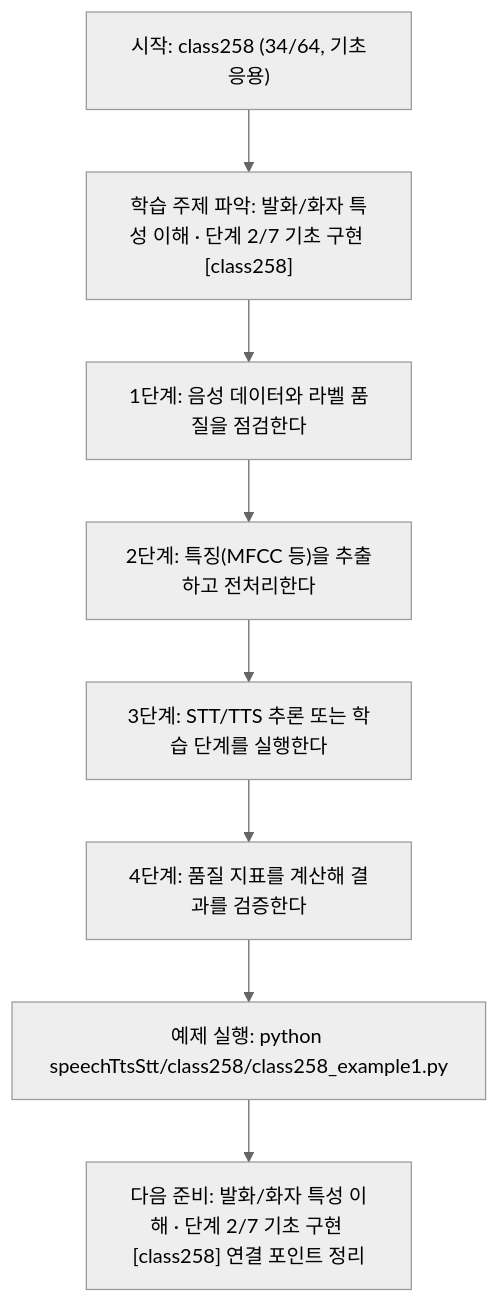
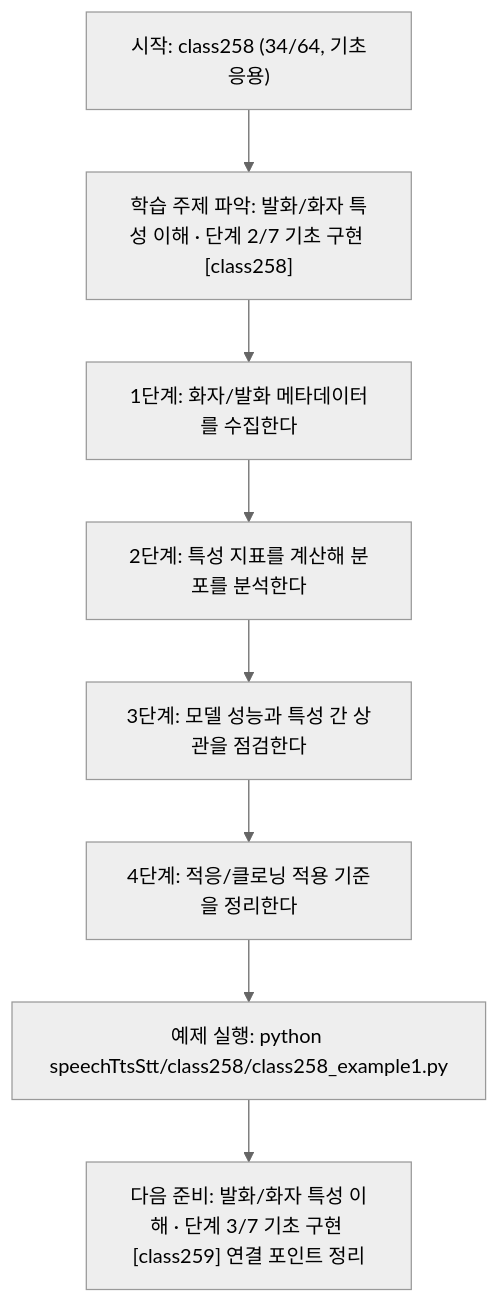
Before and after one commit to edumgt/Python-AI_Agent-Class: the diagram in speechTtsStt/class258/class258.md, drawn with Mermaid (neutral theme). The commit also changed other lines of this file and 1122 other files, not shown here.

````diff
--- a/speechTtsStt/class258/class258.md
+++ b/speechTtsStt/class258/class258.md
@@ -115,18 +95,18 @@
 ```mermaid
 flowchart TD
 N1["시작: class258 (34/64, 기초응용)"]
 N2["학습 주제 파악: 발화/화자 특성 이해 · 단계 2/7 기초 구현 [class258]"]
-N3["1단계: 음성 데이터와 라벨 품질을 점검한다"]
-N4["2단계: 특징(MFCC 등)을 추출하고 전처리한다"]
-N5["3단계: STT/TTS 추론 또는 학습 단계를 실행한다"]
-N6["4단계: 품질 지표를 계산해 결과를 검증한다"]
+N3["1단계: 화자/발화 메타데이터를 수집한다"]
+N4["2단계: 특성 지표를 계산해 분포를 분석한다"]
+N5["3단계: 모델 성능과 특성 간 상관을 점검한다"]
+N6["4단계: 적응/클로닝 적용 기준을 정리한다"]
 N7["예제 실행: python speechTtsStt/class258/class258_example1.py"]
-N8["다음 준비: 발화/화자 특성 이해 · 단계 2/7 기초 구현 [class258] 연결 포인트 정리"]
+N8["다음 준비: 발화/화자 특성 이해 · 단계 3/7 기초 구현 [class259] 연결 포인트 정리"]
 N1 --> N2
 N2 --> N3
 N3 --> N4
 N4 --> N5
 N5 --> N6
 N6 --> N7
 N7 --> N8
 ```
````
